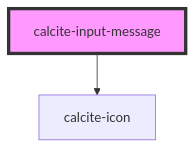
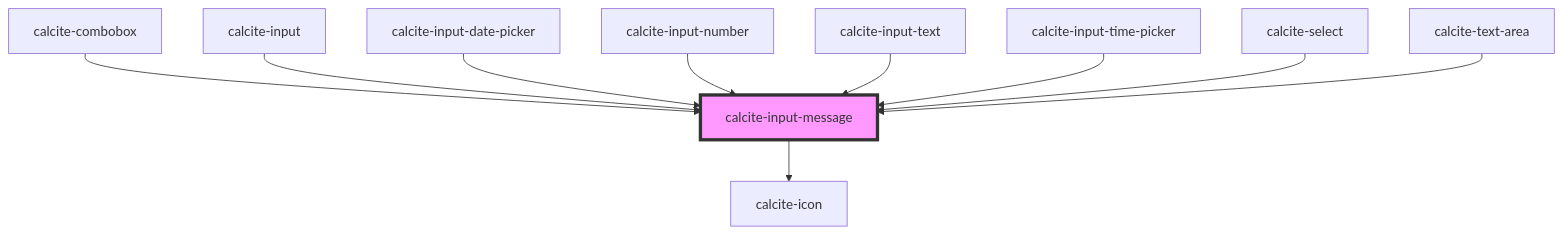
One commit to vikivakarvc/calcite-design-system changed the diagram in packages/calcite-components/src/components/input-message/readme.md. Above: the diagram before and after it, drawn with Mermaid. The commit also changed other lines of this file and 64 other files, not shown here.

````diff
--- a/packages/calcite-components/src/components/input-message/readme.md
+++ b/packages/calcite-components/src/components/input-message/readme.md
@@ -51,5 +62,13 @@
 ```mermaid
 graph TD;
   calcite-input-message --> calcite-icon
+  calcite-combobox --> calcite-input-message
+  calcite-input --> calcite-input-message
+  calcite-input-date-picker --> calcite-input-message
+  calcite-input-number --> calcite-input-message
+  calcite-input-text --> calcite-input-message
+  calcite-input-time-picker --> calcite-input-message
+  calcite-select --> calcite-input-message
+  calcite-text-area --> calcite-input-message
   style calcite-input-message fill:#f9f,stroke:#333,stroke-width:4px
 ```
````
